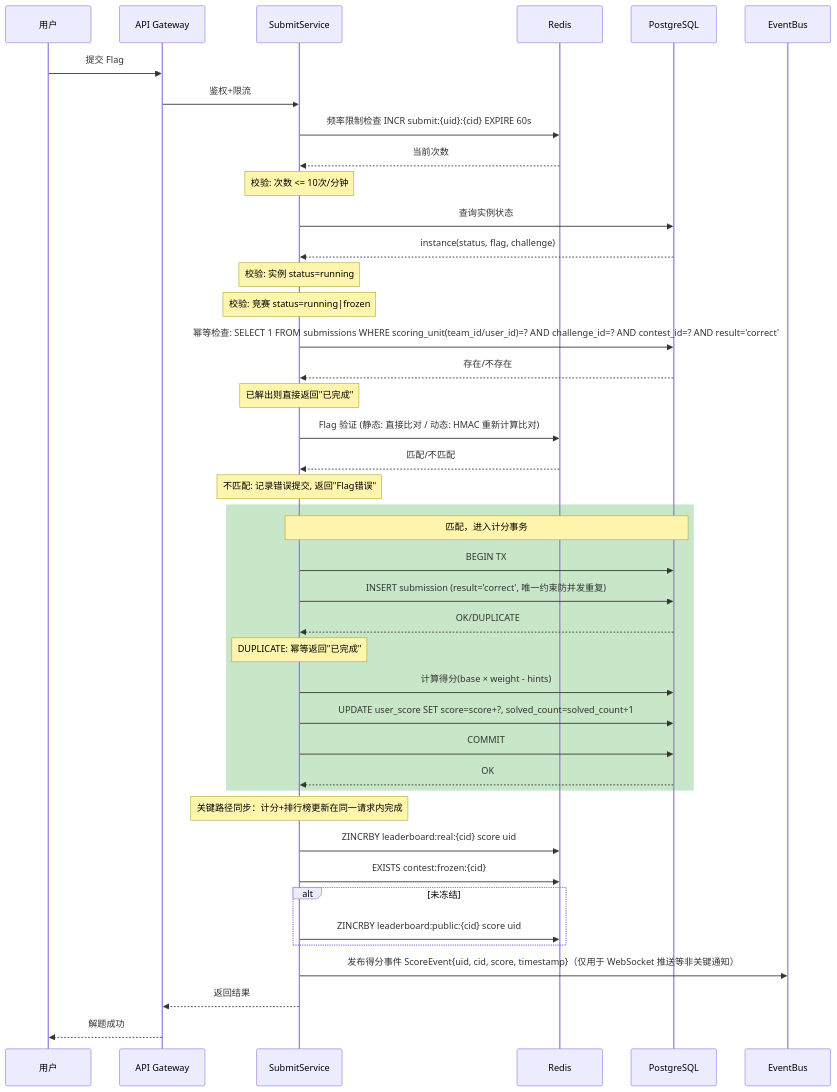
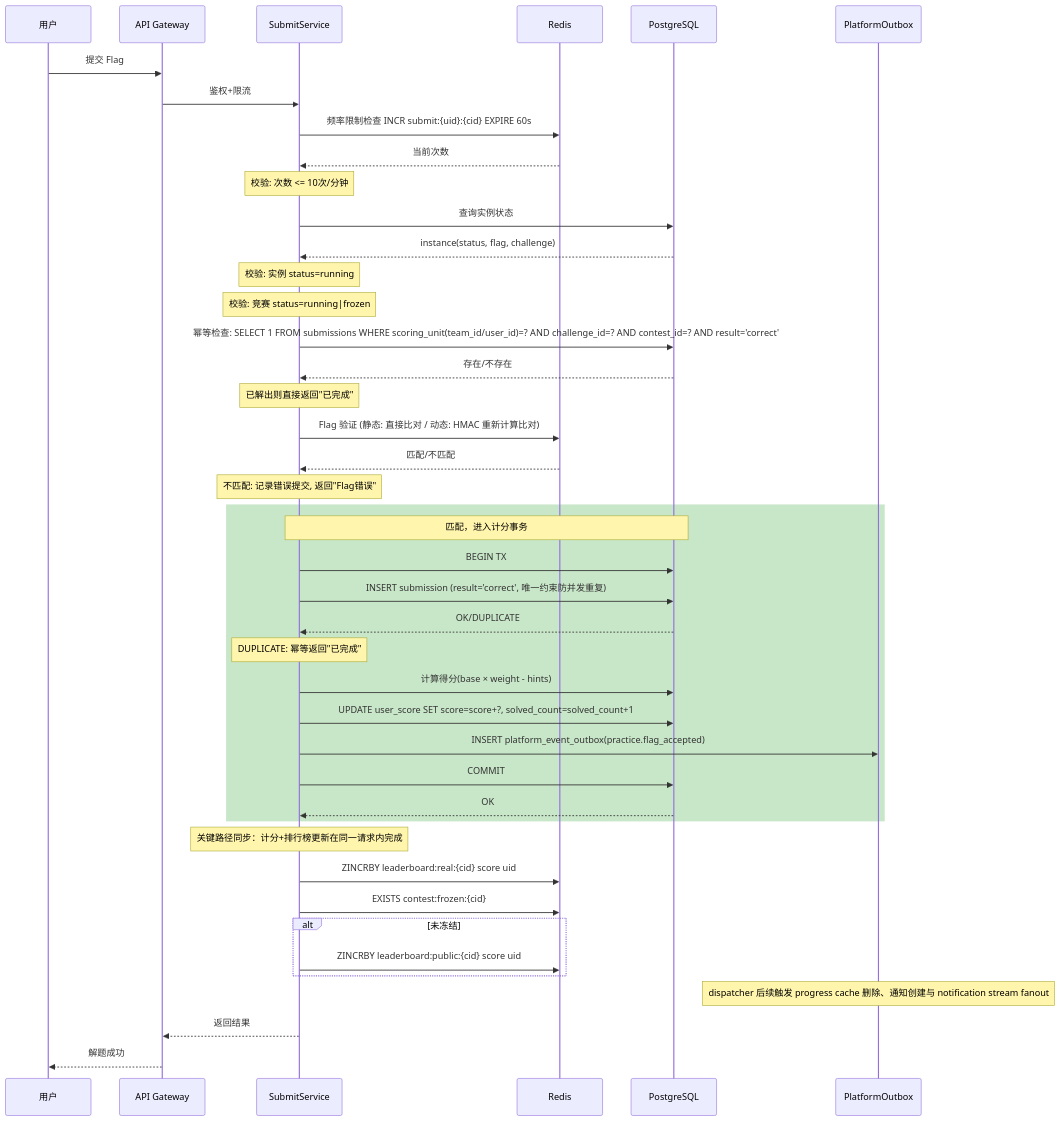
Before and after one commit to architectcgz/ctf: the second of 18 diagrams in docs/architecture/backend/05-key-flows.md, drawn with Mermaid. The commit also changed other lines of this file and 60 other files, not shown here.

````diff
--- a/docs/architecture/backend/05-key-flows.md
+++ b/docs/architecture/backend/05-key-flows.md
@@ -207,56 +218,57 @@
 ```mermaid
 sequenceDiagram
     participant 用户
     participant API as API Gateway
     participant SS as SubmitService
     participant Redis
     participant PG as PostgreSQL
-    participant EB as EventBus
+    participant OB as PlatformOutbox
 
     用户->>API: 提交 Flag
     API->>SS: 鉴权+限流
 
     SS->>Redis: 频率限制检查 INCR submit:{uid}:{cid} EXPIRE 60s
     Redis-->>SS: 当前次数
 
     Note over SS: 校验: 次数 <= 10次/分钟
 
     SS->>PG: 查询实例状态
     PG-->>SS: instance(status, flag, challenge)
 
     Note over SS: 校验: 实例 status=running
     Note over SS: 校验: 竞赛 status=running|frozen
 
     SS->>PG: 幂等检查: SELECT 1 FROM submissions WHERE scoring_unit(team_id/user_id)=? AND challenge_id=? AND contest_id=? AND result='correct'
     PG-->>SS: 存在/不存在
 
     Note over SS: 已解出则直接返回"已完成"
 
     SS->>Redis: Flag 验证 (静态: 直接比对 / 动态: HMAC 重新计算比对)
     Redis-->>SS: 匹配/不匹配
 
     Note over SS: 不匹配: 记录错误提交, 返回"Flag错误"
 
     rect rgb(200, 230, 200)
         Note over SS, PG: 匹配，进入计分事务
         SS->>PG: BEGIN TX
         SS->>PG: INSERT submission (result='correct', 唯一约束防并发重复)
         PG-->>SS: OK/DUPLICATE
         Note over SS: DUPLICATE: 幂等返回"已完成"
         SS->>PG: 计算得分(base × weight - hints)
         SS->>PG: UPDATE user_score SET score=score+?, solved_count=solved_count+1
+        SS->>OB: INSERT platform_event_outbox(practice.flag_accepted)
         SS->>PG: COMMIT
         PG-->>SS: OK
     end
 
     Note over SS: 关键路径同步：计分+排行榜更新在同一请求内完成
     SS->>Redis: ZINCRBY leaderboard:real:{cid} score uid
     SS->>Redis: EXISTS contest:frozen:{cid}
     alt 未冻结
         SS->>Redis: ZINCRBY leaderboard:public:{cid} score uid
     end
 
-    SS->>EB: 发布得分事件 ScoreEvent{uid, cid, score, timestamp}（仅用于 WebSocket 推送等非关键通知）
+    Note over OB: dispatcher 后续触发 progress cache 删除、通知创建与 notification stream fanout
     SS-->>API: 返回结果
     API-->>用户: 解题成功
 ```
````
